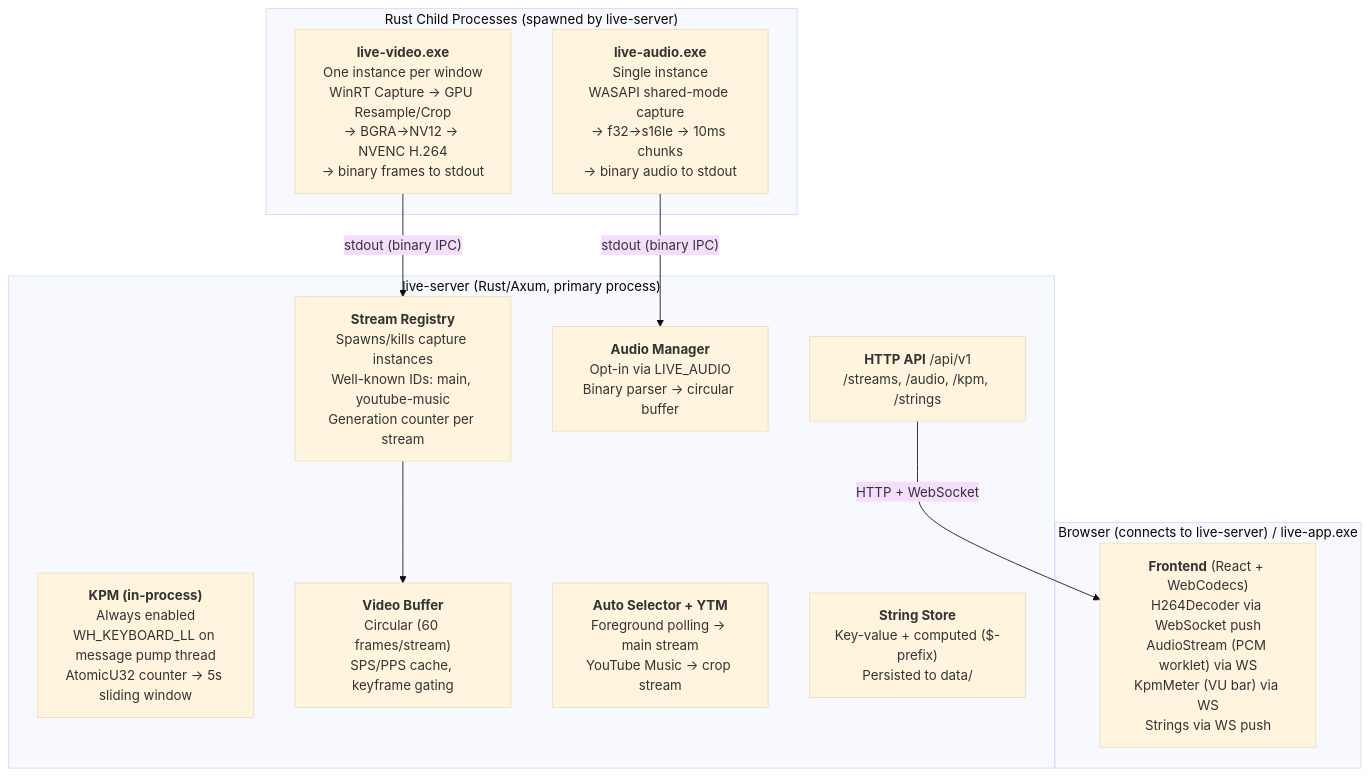
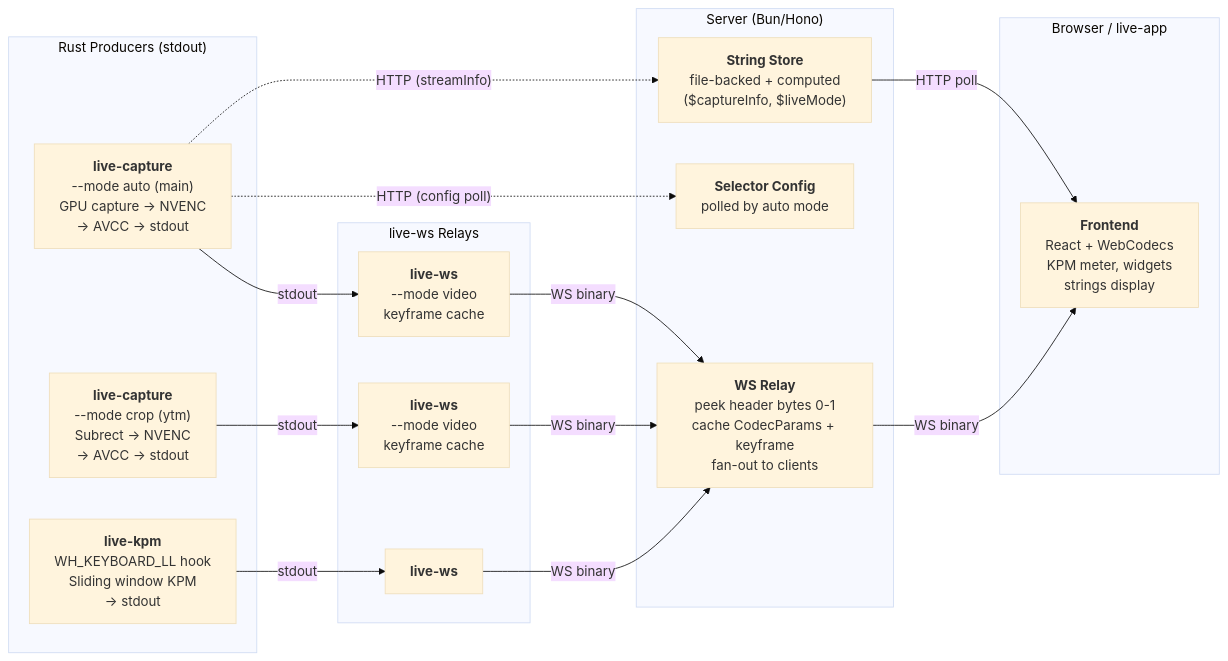
One commit to NekomaruQwQ/Nekomaru-LiveUI changed the diagram in docs/README.md. Above: the diagram before and after it, drawn with Mermaid (base theme). The commit also changed other lines of this file, not shown here.

Commit message:
Rewrite docs/README.md for M4: architecture, communication, internals, design principles, distributed deployment

````diff
--- a/docs/README.md
+++ b/docs/README.md
@@ -81,26 +94,38 @@
 ```mermaid
-graph TD
-    subgraph server["live-server (Rust/Axum, primary process)"]
-        procmgr["<b>Stream Registry</b><br/>Spawns/kills capture instances<br/>Well-known IDs: main, youtube-music<br/>Generation counter per stream"]
-        audiomgr["<b>Audio Manager</b><br/>Opt-in via LIVE_AUDIO<br/>Binary parser → circular buffer"]
-        kpmmgr["<b>KPM (in-process)</b><br/>Always enabled<br/>WH_KEYBOARD_LL on message pump thread<br/>AtomicU32 counter → 5s sliding window"]
-        buffer["<b>Video Buffer</b><br/>Circular (60 frames/stream)<br/>SPS/PPS cache, keyframe gating"]
-        selector["<b>Auto Selector + YTM</b><br/>Foreground polling → main stream<br/>YouTube Music → crop stream"]
-        strings["<b>String Store</b><br/>Key-value + computed ($-prefix)<br/>Persisted to data/"]
-        api["<b>HTTP API</b> /api/v1<br/>/streams, /audio, /kpm, /strings"]
+graph LR
+    subgraph producers["Rust Producers (stdout)"]
+        capture_auto["<b>live-capture</b><br/>--mode auto (main)<br/>GPU capture → NVENC<br/>→ AVCC → stdout"]
+        capture_crop["<b>live-capture</b><br/>--mode crop (ytm)<br/>Subrect → NVENC<br/>→ AVCC → stdout"]
+        kpm["<b>live-kpm</b><br/>WH_KEYBOARD_LL hook<br/>Sliding window KPM<br/>→ stdout"]
     end
 
-    subgraph children["Rust Child Processes (spawned by live-server)"]
-        capture["<b>live-video.exe</b><br/>One instance per window<br/>WinRT Capture → GPU Resample/Crop<br/>→ BGRA→NV12 → NVENC H.264<br/>→ binary frames to stdout"]
-        audio["<b>live-audio.exe</b><br/>Single instance<br/>WASAPI shared-mode capture<br/>→ f32→s16le → 10ms chunks<br/>→ binary audio to stdout"]
+    subgraph relays["live-ws Relays"]
+        ws_main["<b>live-ws</b><br/>--mode video<br/>keyframe cache"]
+        ws_ytm["<b>live-ws</b><br/>--mode video<br/>keyframe cache"]
+        ws_kpm["<b>live-ws</b>"]
     end
 
-    subgraph frontend["Browser (connects to live-server) / live-app.exe"]
-        viewer["<b>Frontend</b> (React + WebCodecs)<br/>H264Decoder via WebSocket push<br/>AudioStream (PCM worklet) via WS<br/>KpmMeter (VU bar) via WS<br/>Strings via WS push"]
+    subgraph server["Server (Bun/Hono)"]
+        relay["<b>WS Relay</b><br/>peek header bytes 0-1<br/>cache CodecParams + keyframe<br/>fan-out to clients"]
+        strings["<b>String Store</b><br/>file-backed + computed<br/>($captureInfo, $liveMode)"]
+        config["<b>Selector Config</b><br/>polled by auto mode"]
     end
 
-    capture -- "stdout (binary IPC)" --> procmgr
-    audio -- "stdout (binary IPC)" --> audiomgr
-    procmgr --> buffer
-    api -- "HTTP + WebSocket" --> viewer
+    subgraph frontend["Browser / live-app"]
+        viewer["<b>Frontend</b><br/>React + WebCodecs<br/>KPM meter, widgets<br/>strings display"]
+    end
+
+    capture_auto -- "stdout" --> ws_main
+    capture_crop -- "stdout" --> ws_ytm
+    kpm -- "stdout" --> ws_kpm
+
+    ws_main -- "WS binary" --> relay
+    ws_ytm -- "WS binary" --> relay
+    ws_kpm -- "WS binary" --> relay
+
+    capture_auto -. "HTTP (config poll)" .-> config
+    capture_auto -. "HTTP (streamInfo)" .-> strings
+
+    relay -- "WS binary" --> viewer
+    strings -- "HTTP poll" --> viewer
 ```
````
